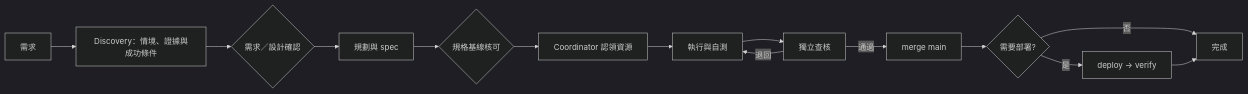
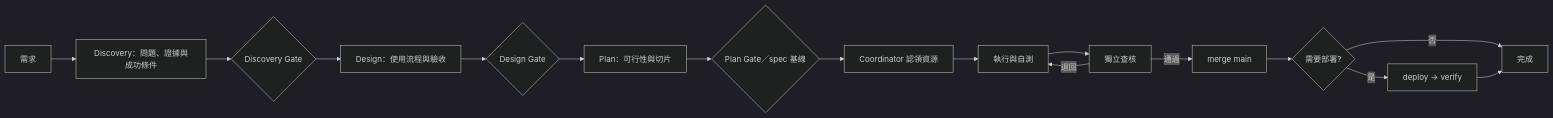
One commit to ruan6047/ai-workflow changed the diagram in AI_WORKFLOW.md. Above: the diagram before and after it, drawn with Mermaid (dark theme). The commit also changed other lines of this file and 10 other files, not shown here.

Commit message:
docs: define discovery and design governance

````diff
--- a/AI_WORKFLOW.md
+++ b/AI_WORKFLOW.md
@@ -54,16 +56,18 @@
 ```mermaid
 flowchart LR
-  R[需求] --> D[Discovery：情境、證據與成功條件]
-  D --> G{需求／設計確認}
-  G --> P[規劃與 spec]
-  P --> A{規格基線核可}
-  A --> C[Coordinator 認領資源]
+  R[需求] --> D[Discovery：問題、證據與成功條件]
+  D --> DG{Discovery Gate}
+  DG --> DSN[Design：使用流程與驗收]
+  DSN --> DSG{Design Gate}
+  DSG --> P[Plan：可行性與切片]
+  P --> PG{Plan Gate／spec 基線}
+  PG --> C[Coordinator 認領資源]
   C --> I[執行與自測]
   I --> V[獨立查核]
   V -->|退回| I
   V -->|通過| M[merge main]
   M --> DEP{需要部署?}
-  DEP -->|是| X[deploy → verify]
+  DEP -->|是| DV[deploy → verify]
   DEP -->|否| Z[完成]
-  X --> Z
+  DV --> Z
 ```
````
